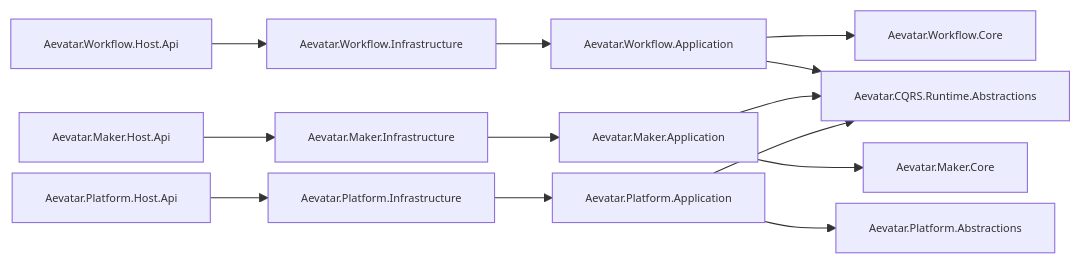
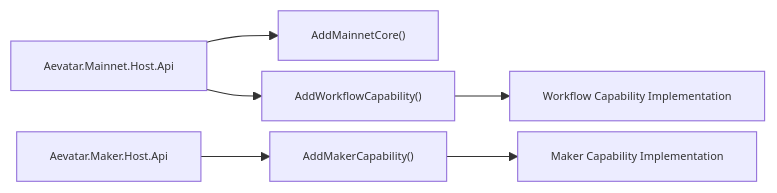
Before and after one commit to aevatarAI/aevatar: the second of 4 diagrams in docs/PROJECT_ARCHITECTURE.md, drawn with Mermaid. The commit also changed other lines of this file and 87 other files, not shown here.

First line of the commit message:
Refactor Aevatar architecture to integrate Mainnet capabilities

````diff
--- a/docs/PROJECT_ARCHITECTURE.md
+++ b/docs/PROJECT_ARCHITECTURE.md
@@ -33,11 +29,11 @@
 ```mermaid
 %%{init: {"maxTextSize": 100000, "flowchart": {"useMaxWidth": false, "nodeSpacing": 10, "rankSpacing": 50}, "themeVariables": {"fontSize": "10px"}}}%%
 flowchart LR
-    WHost["Aevatar.Workflow.Host.Api"] --> WInfra["Aevatar.Workflow.Infrastructure"] --> WApp["Aevatar.Workflow.Application"] --> WCore["Aevatar.Workflow.Core"]
-    MHost["Aevatar.Maker.Host.Api"] --> MInfra["Aevatar.Maker.Infrastructure"] --> MApp["Aevatar.Maker.Application"] --> MCore["Aevatar.Maker.Core"]
-    PHost["Aevatar.Platform.Host.Api"] --> PInfra["Aevatar.Platform.Infrastructure"] --> PApp["Aevatar.Platform.Application"] --> PAbs["Aevatar.Platform.Abstractions"]
+    MH["Aevatar.Mainnet.Host.Api"] --> MADD["AddMainnetCore()"]
+    MH --> WADD["AddWorkflowCapability()"]
 
-    WApp --> CQAbs["Aevatar.CQRS.Runtime.Abstractions"]
-    MApp --> CQAbs
-    PApp --> CQAbs
+    KH["Aevatar.Maker.Host.Api"] --> KADD["AddMakerCapability()"]
+
+    WADD --> WIMPL["Workflow Capability Implementation"]
+    KADD --> KIMPL["Maker Capability Implementation"]
 ```
````
